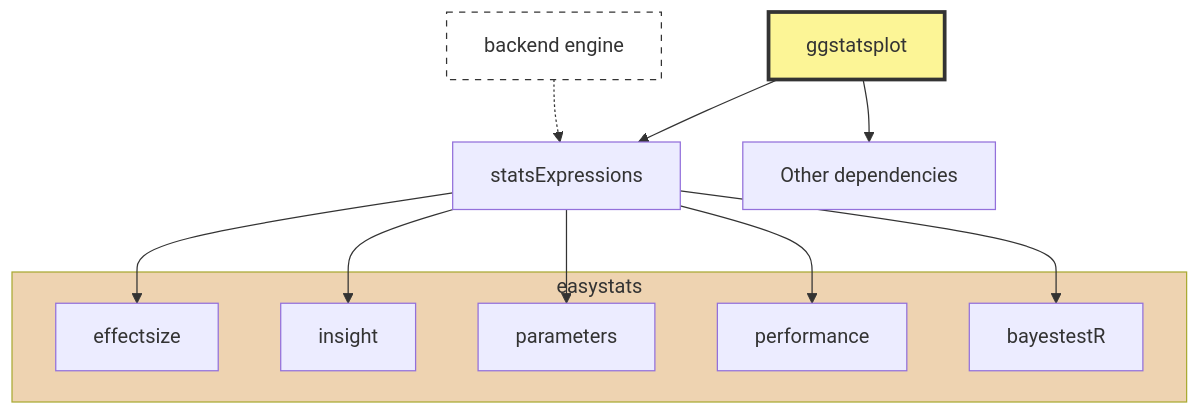
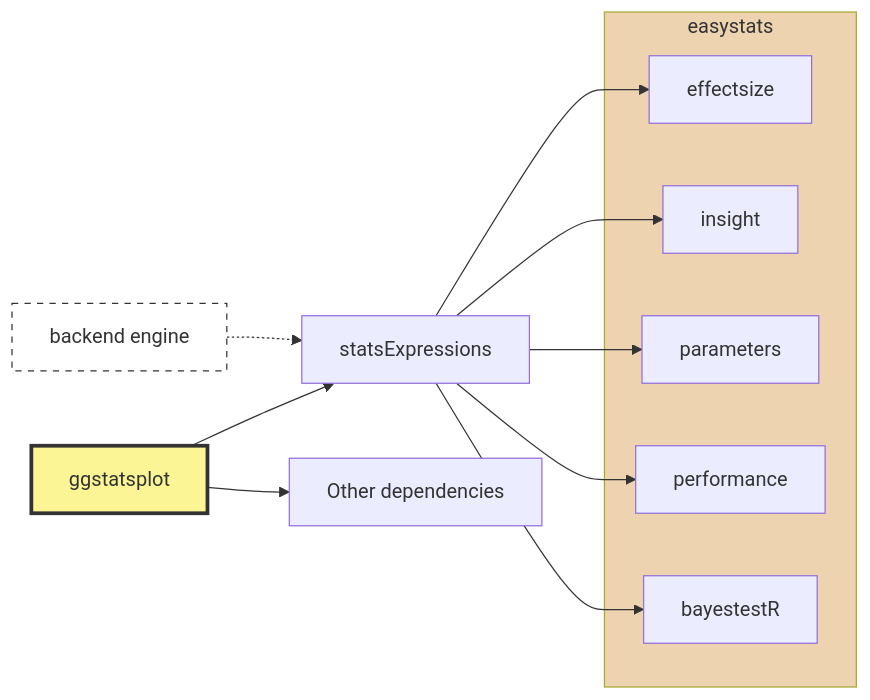
Before and after one commit to IndrajeetPatil/intro-to-ggstatsplot: the first of 2 diagrams in index.qmd, drawn with Mermaid. The commit also changed other lines of this file, not shown here.

````diff
--- a/index.qmd
+++ b/index.qmd
@@ -403,38 +403,38 @@
 ```{mermaid}
 %%| echo: false
-flowchart TD
+flowchart LR
     ggstatsplot[ggstatsplot]
     statsExpressions[statsExpressions]
     note["backend engine"]
     
     subgraph easystats[easystats]
         effectsize[effectsize]
         insight[insight]
         parameters[parameters]
         performance[performance]
         bayestestR[bayestestR]
     end
     
     %% Main dependencies
     ggstatsplot --> statsExpressions
     ggstatsplot --> dots[Other dependencies]
     
     %% Add note connecting to the main relationship
     note -.-> statsExpressions
     
     %% statsExpressions dependencies on easystats packages
     statsExpressions --> effectsize
     statsExpressions --> insight
     statsExpressions --> parameters
     statsExpressions --> performance
     statsExpressions --> bayestestR
     
     %% Styling using custom colors
     style easystats fill:#EED3B1
     
     classDef main fill:#FCF596,stroke:#333,stroke-width:3px
     classDef note fill:#ffffff,stroke:#333,stroke-width:1px,stroke-dasharray: 5 5
     
     class ggstatsplot main
     class note note
 ```
````
